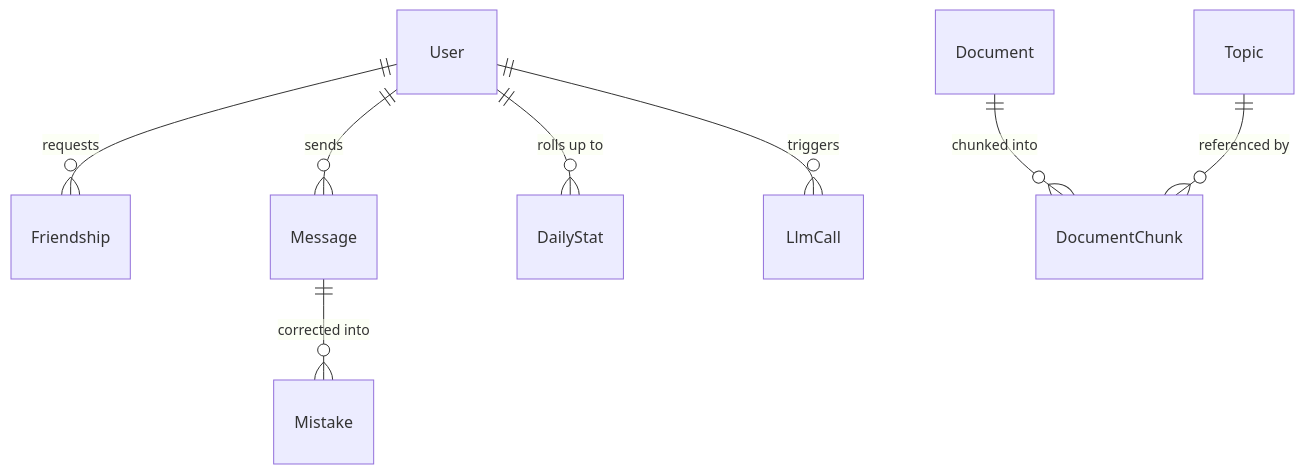
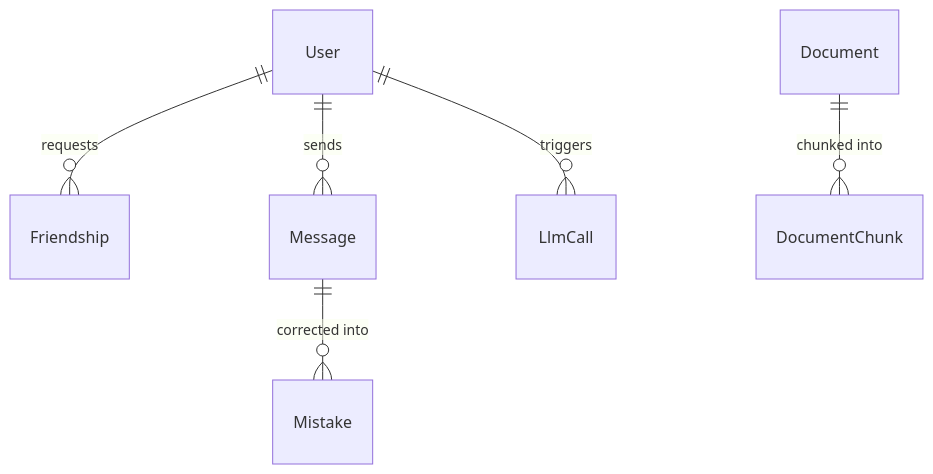
Before and after one commit to VictorBro/ft_transcendence: the fifth of 5 diagrams in docs/PRODUCT_ARCHITECTURE.md, drawn with Mermaid. The commit also changed other lines of this file and 4 other files, not shown here.

````diff
--- a/docs/PRODUCT_ARCHITECTURE.md
+++ b/docs/PRODUCT_ARCHITECTURE.md
@@ -694,10 +761,8 @@
 ```mermaid
 erDiagram
     User     ||--o{ Friendship    : "requests"
     User     ||--o{ Message       : "sends"
     Message  ||--o{ Mistake       : "corrected into"
-    User     ||--o{ DailyStat     : "rolls up to"
     User     ||--o{ LlmCall       : "triggers"
     Document ||--o{ DocumentChunk : "chunked into"
-    Topic    ||--o{ DocumentChunk : "referenced by"
 ```
````
